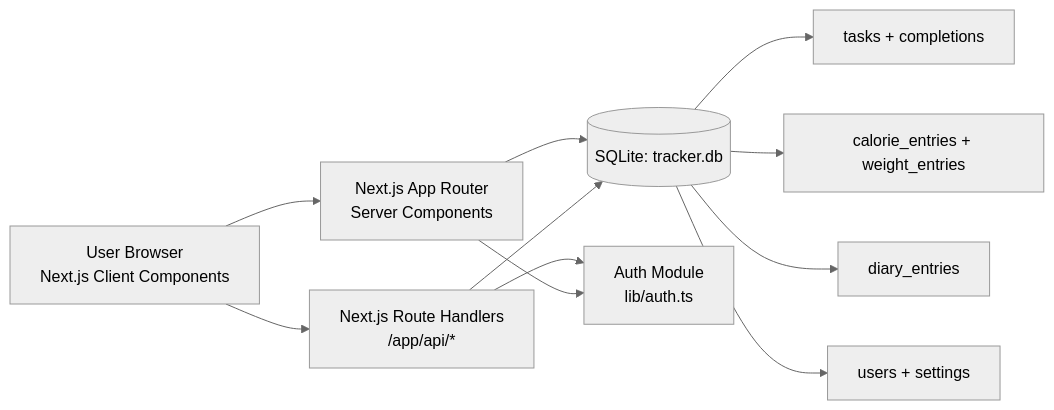
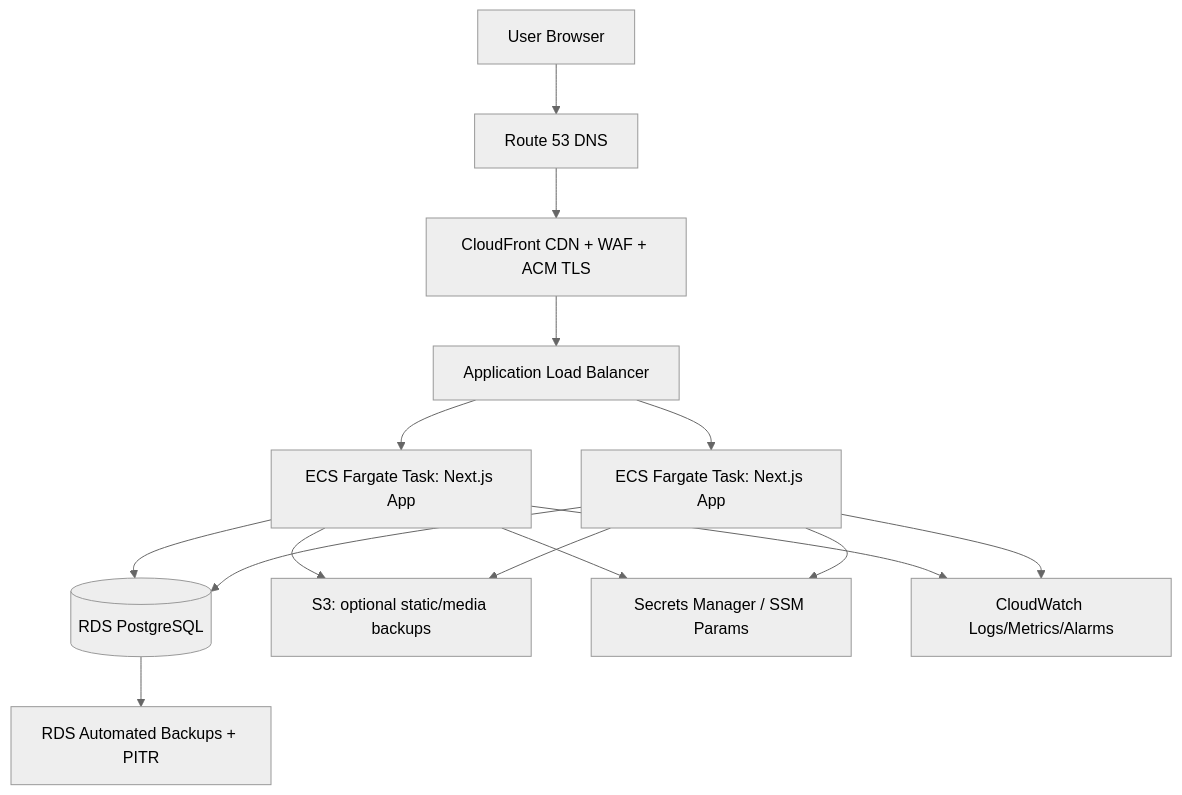
The first of 2 diagrams in docs/architecture.md (RoshanThapa7/AWS), drawn with Mermaid (neutral theme) before and after one commit. The commit also changed other lines of this file, not shown here.

Commit message:
Update architecture doc for detailed AWS cloud deployment

````diff
--- a/docs/architecture.md
+++ b/docs/architecture.md
@@ -17,15 +22,23 @@
 ```mermaid
-flowchart LR
-  U[User Browser\nNext.js Client Components] --> RSC[Next.js App Router\nServer Components]
-  U --> API[Next.js Route Handlers\n/app/api/*]
+flowchart TB
+  User[User Browser] --> DNS[Route 53 DNS]
+  DNS --> CF[CloudFront CDN + WAF + ACM TLS]
+  CF --> ALB[Application Load Balancer]
 
-  RSC --> DB[(SQLite: tracker.db)]
-  API --> AUTH[Auth Module\nlib/auth.ts]
-  API --> DB
-  RSC --> AUTH
+  ALB --> ECS1[ECS Fargate Task: Next.js App]
+  ALB --> ECS2[ECS Fargate Task: Next.js App]
 
-  DB --> T1[tasks + completions]
-  DB --> T2[calorie_entries + weight_entries]
-  DB --> T3[diary_entries]
-  DB --> T4[users + settings]
+  ECS1 --> RDS[(RDS PostgreSQL)]
+  ECS2 --> RDS
+
+  ECS1 --> S3[S3: optional static/media backups]
+  ECS2 --> S3
+
+  ECS1 --> SM[Secrets Manager / SSM Params]
+  ECS2 --> SM
+
+  ECS1 --> CW[CloudWatch Logs/Metrics/Alarms]
+  ECS2 --> CW
+
+  RDS --> BAK[RDS Automated Backups + PITR]
 ```
````
